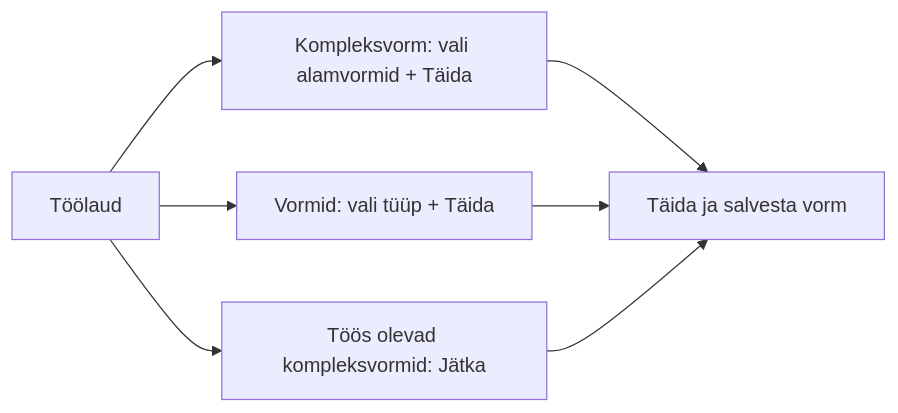
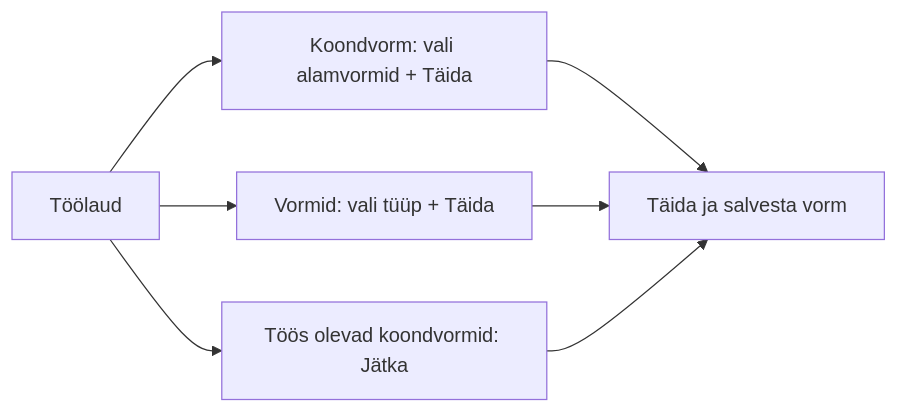
The diagram in docs/user-guide/04-toolaud.md (kemit-ee/ljvis-2), drawn with Mermaid before and after one commit. The commit also changed other lines of this file and 31 other files, not shown here.

````diff
--- a/docs/user-guide/04-toolaud.md
+++ b/docs/user-guide/04-toolaud.md
@@ -85,9 +85,9 @@
 ```mermaid
 flowchart LR
-    A[Töölaud] --> B["Kompleksvorm: vali alamvormid + Täida"]
+    A[Töölaud] --> B["Koondvorm: vali alamvormid + Täida"]
     A --> C["Vormid: vali tüüp + Täida"]
-    A --> D["Töös olevad kompleksvormid: Jätka"]
+    A --> D["Töös olevad koondvormid: Jätka"]
     B --> E[Täida ja salvesta vorm]
     C --> E
     D --> E
 ```
````
